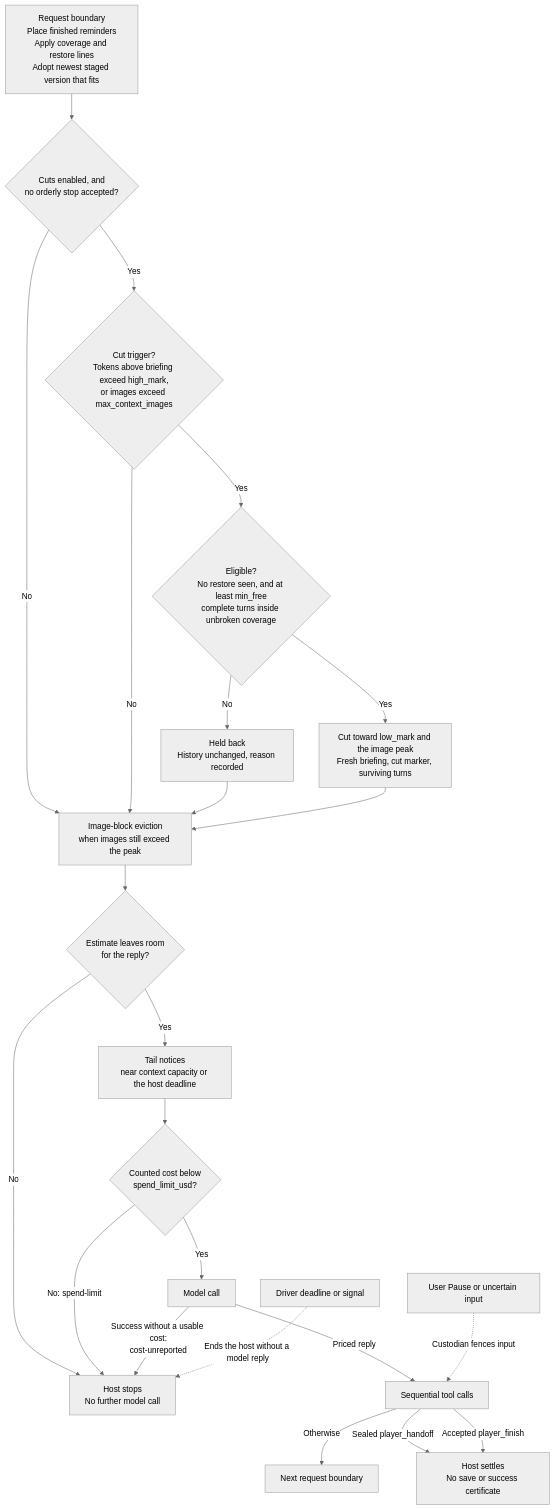
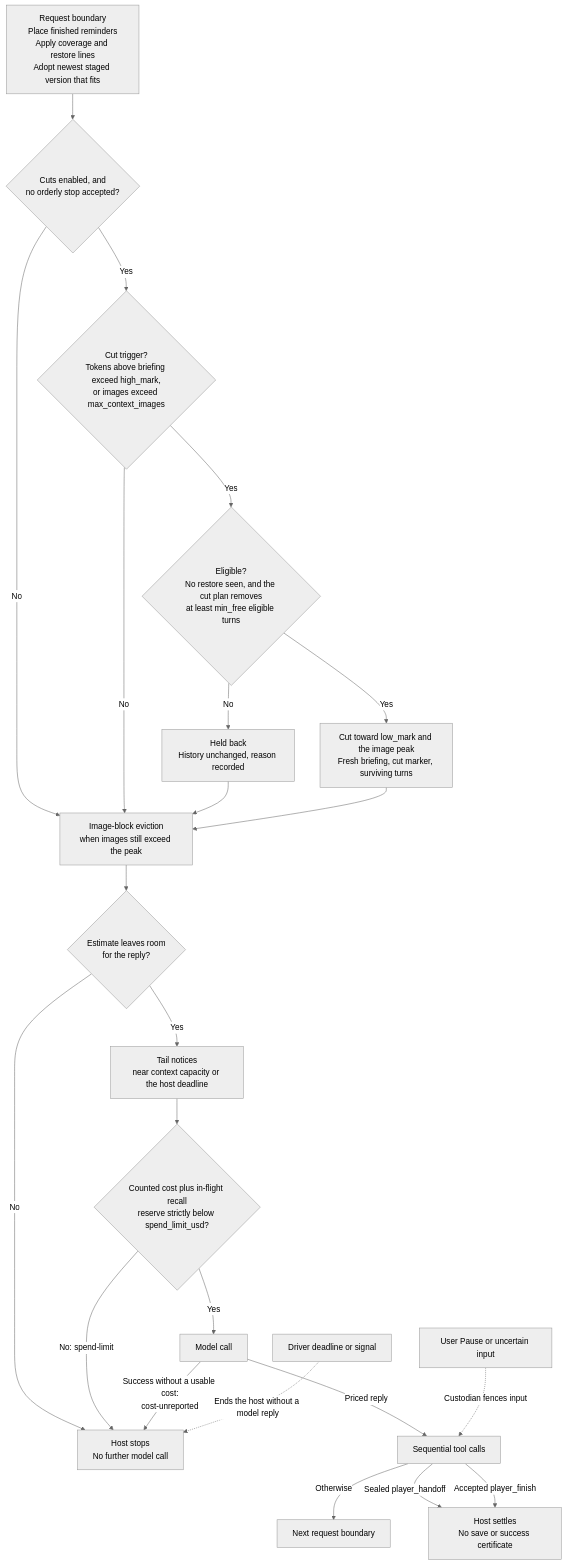
The diagram in docs/contracts/player-host.md (CVX-Hull/enactive), drawn with Mermaid (neutral theme) before and after one commit. The commit also changed 10 other files, not shown here.

Commit message:
Address #903 review findings: delivery/cut/spend precision, archive #900 Go row, and doc polish

````diff
--- a/docs/contracts/player-host.md
+++ b/docs/contracts/player-host.md
@@ -336,27 +336,27 @@
 ```mermaid
 flowchart TB
   accTitle: What the player host does on each request
   accDescr: Between requests the host places finished reminders, applies coverage lines and adopts the newest staged knowledge version that fits. It considers a cut only when cuts are enabled and no orderly stop is accepted. A triggered cut is applied when enough covered complete turns can be removed and no restore was seen. Otherwise it is held back and the history stays. Image-block eviction, capacity stop, tail notices and the dollar limit follow before the model call. Settlement stops are handoff, player finish, the dollar limit and an unreported cost. Pause, uncertain input and the driver's deadlines are independent of this loop.
   R["Request boundary<br/>Place finished reminders<br/>Apply coverage and restore lines<br/>Adopt newest staged version that fits"] --> Q{"Cuts enabled, and<br/>no orderly stop accepted?"}
   Q -->|"No"| V
   Q -->|"Yes"| T{"Cut trigger?<br/>Tokens above briefing exceed high_mark,<br/>or images exceed max_context_images"}
   T -->|"No"| V
-  T -->|"Yes"| L{"Eligible?<br/>No restore seen, and at least min_free<br/>complete turns inside unbroken coverage"}
+  T -->|"Yes"| L{"Eligible?<br/>No restore seen, and the cut plan removes<br/>at least min_free eligible turns"}
   L -->|"No"| H["Held back<br/>History unchanged, reason recorded"]
   L -->|"Yes"| K["Cut toward low_mark and the image peak<br/>Fresh briefing, cut marker, surviving turns"]
   H --> V
   K --> V["Image-block eviction<br/>when images still exceed the peak"]
   V --> P{"Estimate leaves room<br/>for the reply?"}
   P -->|"No"| X["Host stops<br/>No further model call"]
   P -->|"Yes"| N["Tail notices<br/>near context capacity or the host deadline"]
-  N --> D{"Counted cost below<br/>spend_limit_usd?"}
+  N --> D{"Counted cost plus in-flight recall<br/>reserve strictly below spend_limit_usd?"}
   D -->|"No: spend-limit"| X
   D -->|"Yes"| M["Model call"]
   M -->|"Success without a usable cost:<br/>cost-unreported"| X
   M -->|"Priced reply"| C["Sequential tool calls"]
   C -->|"Otherwise"| Y["Next request boundary"]
   C -->|"Sealed player_handoff"| E["Host settles<br/>No save or success certificate"]
   C -->|"Accepted player_finish"| E
   I["User Pause or uncertain input"] -.->|"Custodian fences input"| C
   W["Driver deadline or signal"] -.->|"Ends the host without a model reply"| X
 ```
````
